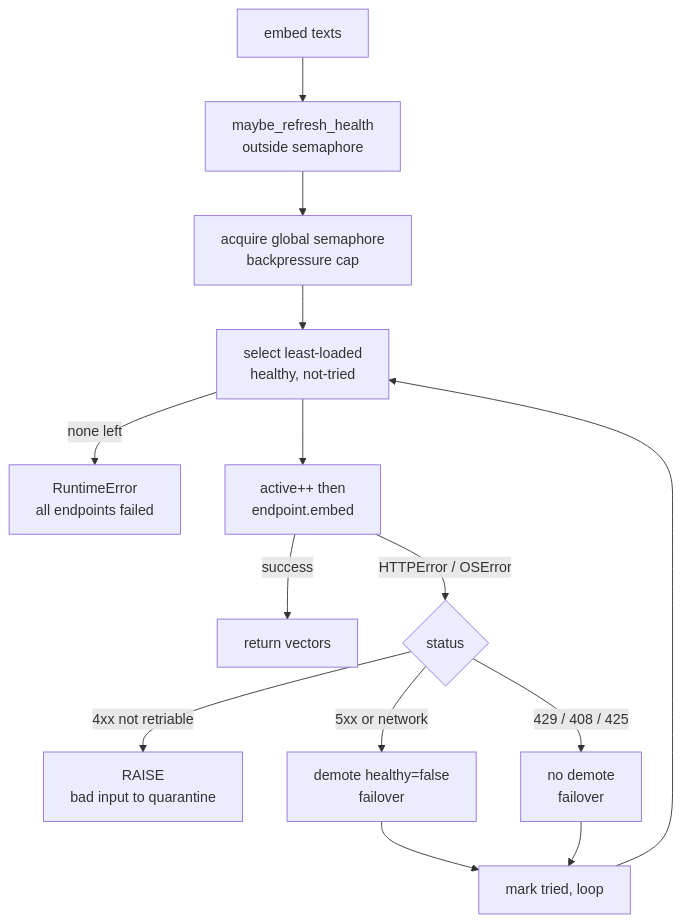
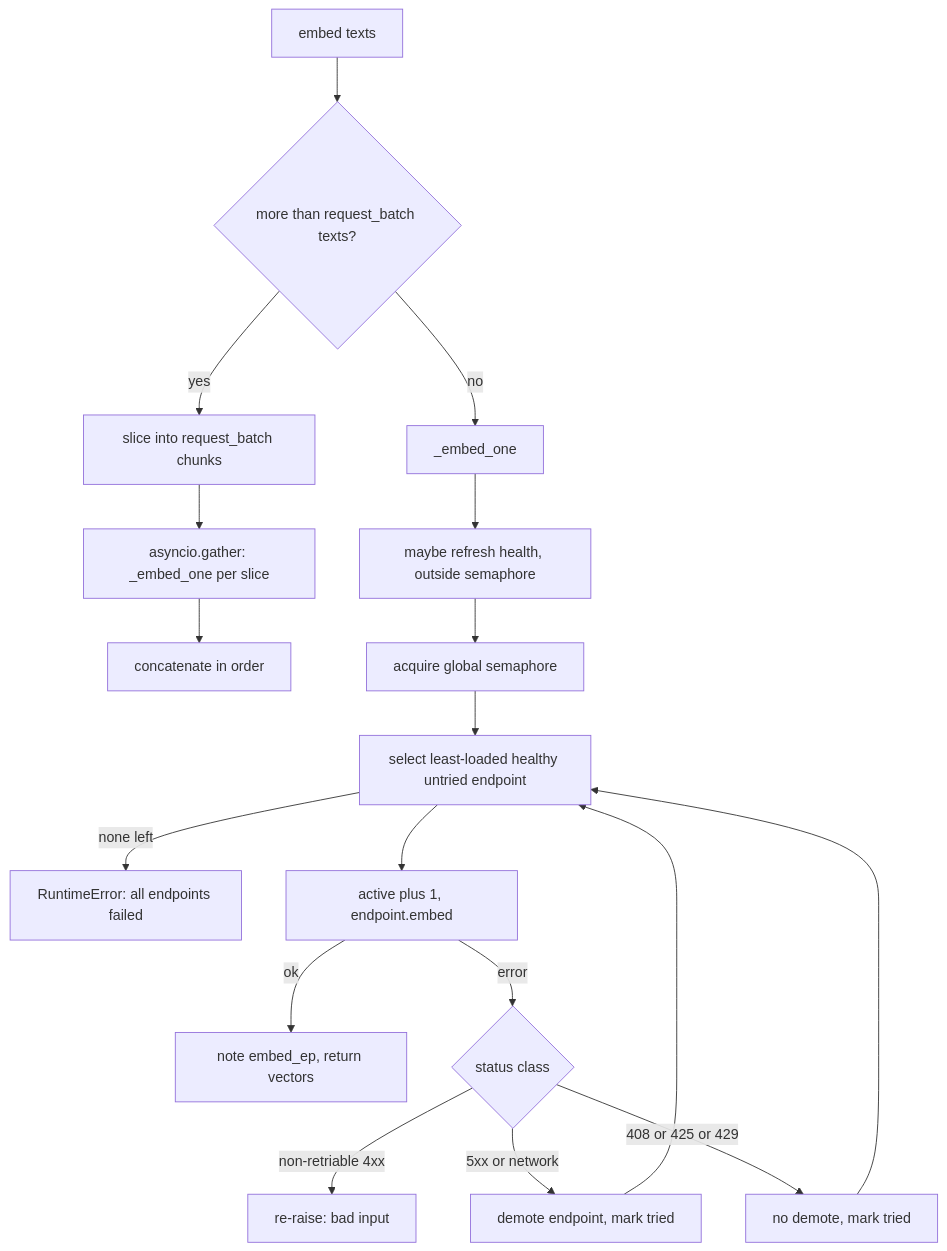
Diagram 20 of 45 in docs/ARCHITECTURE-DEEP-DIVE.md (wilke/ragstack), drawn with Mermaid before and after one commit. The commit also changed other lines of this file and 2 other files, not shown here.

First line of the commit message:
docs: rewrite the architecture deep-dive against main 22b44be (#631)

````diff
--- a/docs/ARCHITECTURE-DEEP-DIVE.md
+++ b/docs/ARCHITECTURE-DEEP-DIVE.md
@@ -551,16 +1140,20 @@
 ```mermaid
 flowchart TD
-  A[embed texts] --> B[maybe_refresh_health<br/>outside semaphore]
-  B --> C[acquire global semaphore<br/>backpressure cap]
-  C --> D[select least-loaded<br/>healthy, not-tried]
-  D -->|none left| Z[RuntimeError<br/>all endpoints failed]
-  D --> E[active++ then<br/>endpoint.embed]
-  E -->|success| R[return vectors]
-  E -->|HTTPError / OSError| F{status}
-  F -->|4xx not retriable| G[RAISE<br/>bad input to quarantine]
-  F -->|5xx or network| H[demote healthy=false<br/>failover]
-  F -->|429 / 408 / 425| I[no demote<br/>failover]
-  H --> J[mark tried, loop]
-  I --> J
-  J --> D
+  A["embed texts"] --> B{"more than request_batch texts?"}
+  B -- "yes" --> C["slice into request_batch chunks"]
+  C --> D["asyncio.gather: _embed_one per slice"]
+  D --> Z2["concatenate in order"]
+  B -- "no" --> E["_embed_one"]
+  E --> F["maybe refresh health, outside semaphore"]
+  F --> G["acquire global semaphore"]
+  G --> H["select least-loaded healthy untried endpoint"]
+  H -- "none left" --> X["RuntimeError: all endpoints failed"]
+  H --> I["active plus 1, endpoint.embed"]
+  I -- "ok" --> J["note embed_ep, return vectors"]
+  I -- "error" --> K{"status class"}
+  K -- "non-retriable 4xx" --> L["re-raise: bad input"]
+  K -- "5xx or network" --> M["demote endpoint, mark tried"]
+  K -- "408 or 425 or 429" --> N["no demote, mark tried"]
+  M --> H
+  N --> H
 ```
````
